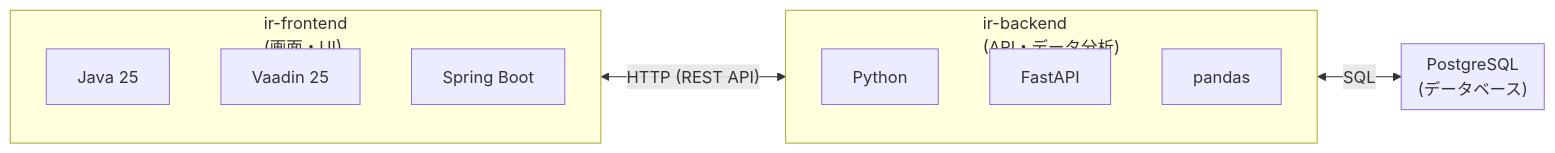
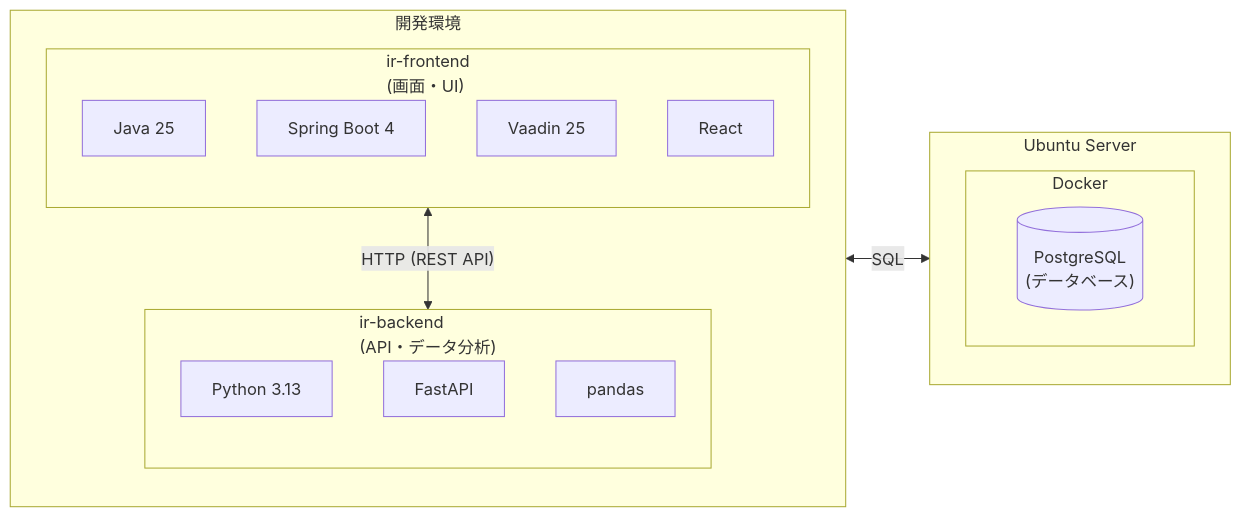
The diagram in README.md (cist-ds-ai-project/ir-web-system), drawn with Mermaid before and after one commit. The commit also changed other lines of this file and 5 other files, not shown here.

````diff
--- a/README.md
+++ b/README.md
@@ -11,22 +104,30 @@
 ```mermaid
 flowchart LR
-    subgraph Frontend["ir-frontend<br/>(画面・UI)"]
+    subgraph Dev["開発環境"]
         direction TB
-        F1[Java 25]
-        F2[Vaadin 25]
-        F3[Spring Boot]
+        subgraph Frontend["ir-frontend<br/>(画面・UI)"]
+            direction TB
+            F1[Java 25]
+            F2[Spring Boot 4]
+            F3[Vaadin 25]
+            F4[React]
+        end
+
+        subgraph Backend["ir-backend<br/>(API・データ分析)"]
+            direction TB
+            B1[Python 3.13]
+            B2[FastAPI]
+            B3[pandas]
+        end
+
+        Frontend <-->|"HTTP (REST API)"| Backend
     end
-    
-    subgraph Backend["ir-backend<br/>(API・データ分析)"]
-        direction TB
-        B1[Python]
-        B2[FastAPI]
-        B3[pandas]
+
+    subgraph Server["Ubuntu Server"]
+        subgraph Docker["Docker"]
+            DB[("PostgreSQL<br/>(データベース)")]
+        end
     end
-    
-    subgraph DB["PostgreSQL<br/>(データベース)"]
-    end
-    
-    Frontend <-->|"HTTP (REST API)"| Backend
-    Backend <-->|"SQL"| DB
+
+    Dev <-->|"SQL"| Server
 ```
````
